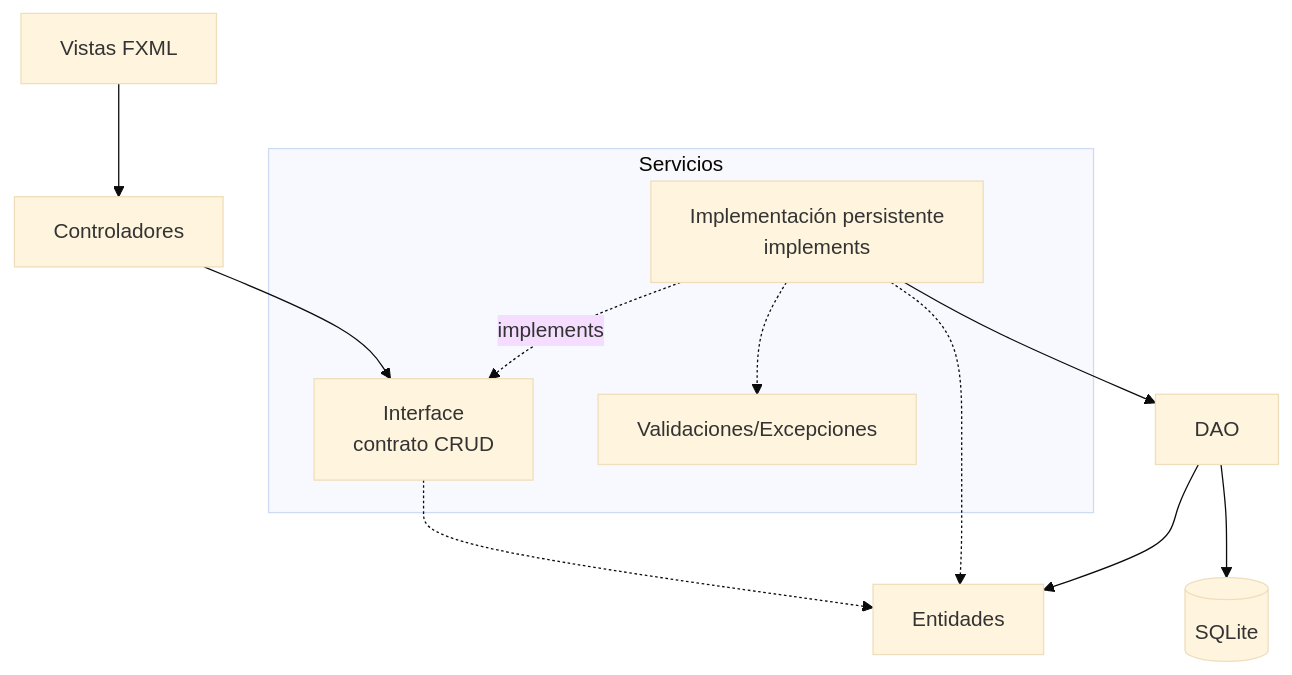
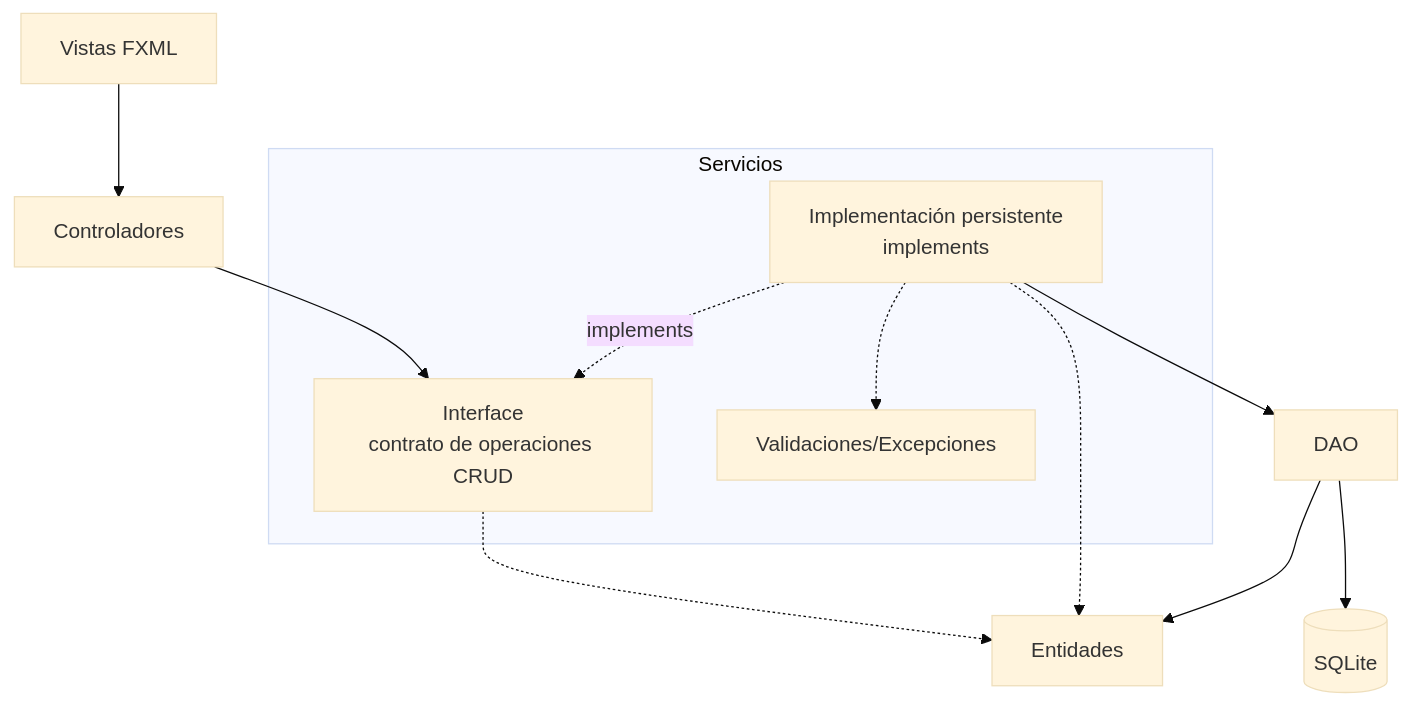
Before and after one commit to 262poo/comarket: the diagram in docs/S13_Proyecto_Integrador_Ensamblaje.md, drawn with Mermaid (base theme). The commit also changed 7 other files, not shown here.

````diff
--- a/docs/S13_Proyecto_Integrador_Ensamblaje.md
+++ b/docs/S13_Proyecto_Integrador_Ensamblaje.md
@@ -50,24 +50,24 @@
 ```mermaid
 flowchart TB
     Vista["Vistas FXML"]
     Controladores["Controladores"]
     subgraph Servicios["Servicios"]
-        Contrato["Interface<br/>contrato CRUD"]
+        Contrato["Interface<br/>contrato de operaciones CRUD"]
         Implementacion["Implementación persistente<br/>implements"]
         Validaciones["Validaciones/Excepciones"]
     end
 
     Entidades["Entidades"]
     DAO["DAO"]
     SQLite[("SQLite")]
 
     Vista --> Controladores
     Controladores --> Contrato
     Implementacion -. implements .-> Contrato
     Contrato -.-> Entidades
     Implementacion -.-> Entidades
     Implementacion -.-> Validaciones
     Implementacion --> DAO
     DAO --> Entidades
     DAO --> SQLite
 ```
````
